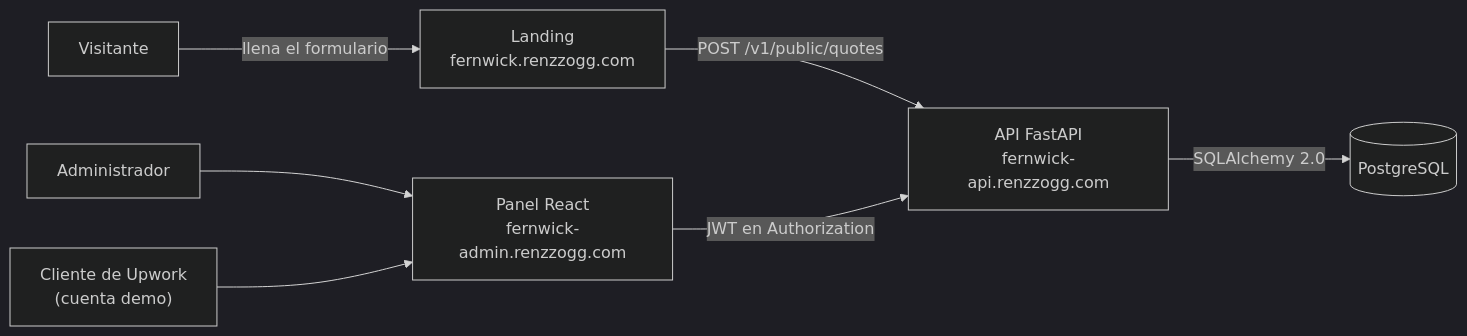
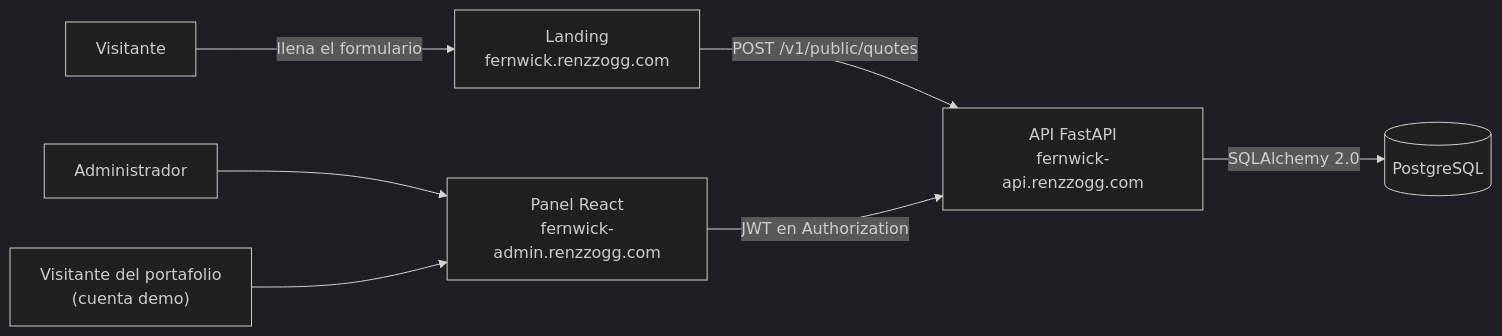
One commit to RenzzoGG/fernwick-platform changed the first of 3 diagrams in docs/DESIGN.md. Above: the diagram before and after it, drawn with Mermaid (dark theme). The commit also changed other lines of this file and 1 other file, not shown here.

Commit message:
Cambiar las menciones a clientes de Upwork por una descripción neutral de proyecto de portafolio (CLAUDE.md y DESIGN.md)

````diff
--- a/docs/DESIGN.md
+++ b/docs/DESIGN.md
@@ -27,9 +27,9 @@
 ```mermaid
 flowchart LR
     V["Visitante"] -->|llena el formulario| L["Landing<br/>fernwick.renzzogg.com"]
     L -->|"POST /v1/public/quotes"| A["API FastAPI<br/>fernwick-api.renzzogg.com"]
     AD["Administrador"] --> P["Panel React<br/>fernwick-admin.renzzogg.com"]
-    D["Cliente de Upwork<br/>(cuenta demo)"] --> P
+    D["Visitante del portafolio<br/>(cuenta demo)"] --> P
     P -->|"JWT en Authorization"| A
     A -->|"SQLAlchemy 2.0"| DB[("PostgreSQL")]
 ```
````
